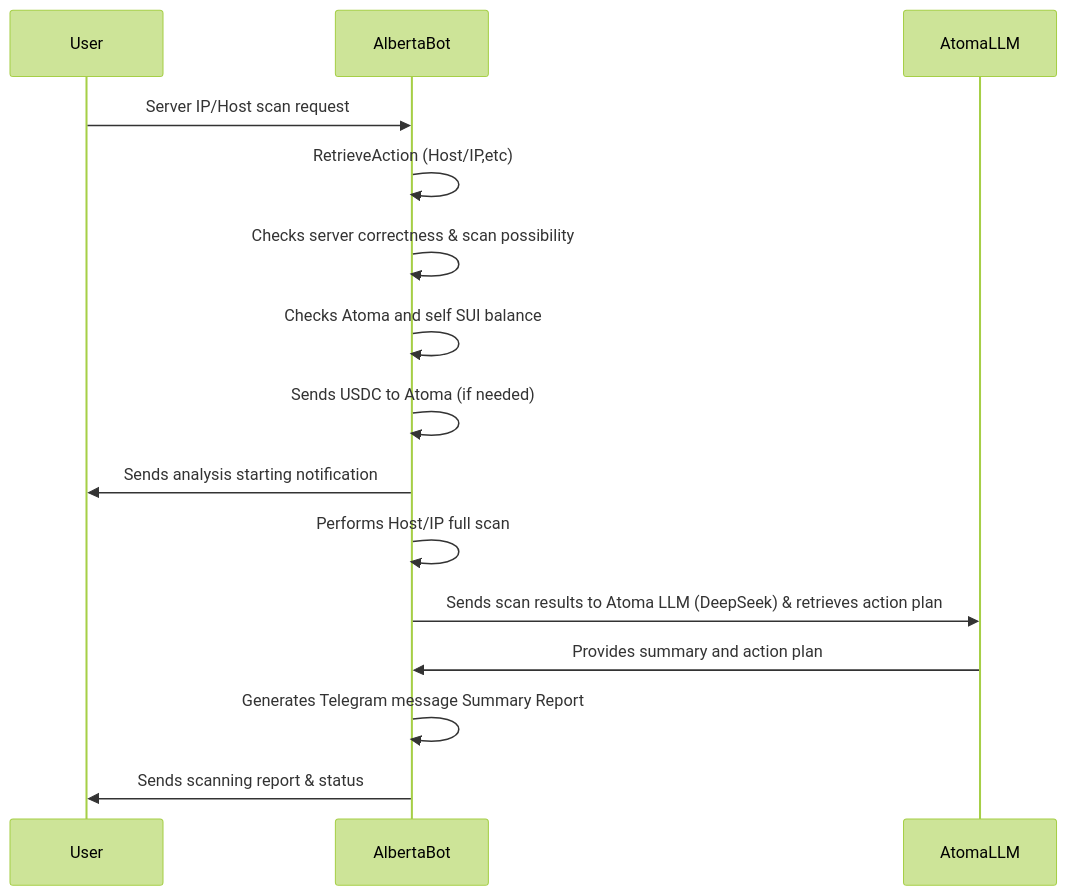
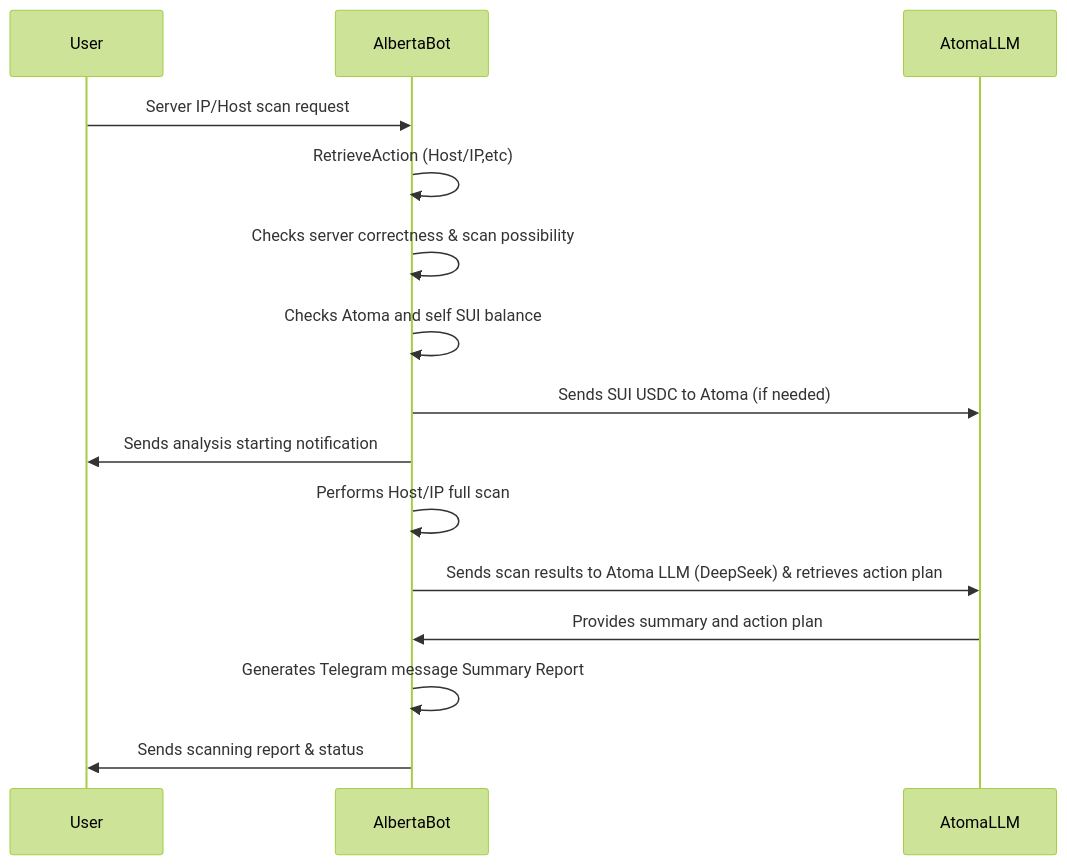
The first of 2 diagrams in README.md (GanAIWeb3Club/Alberta-Assistant), drawn with Mermaid (forest theme) before and after one commit.

Commit message:
diagram upd

````diff
--- a/README.md
+++ b/README.md
@@ -32,19 +32,19 @@
 ```mermaid
 sequenceDiagram
     participant User
     participant AlbertaBot
     participant AtomaLLM
 
     User ->> AlbertaBot: Server IP/Host scan request
     AlbertaBot ->> AlbertaBot: RetrieveAction (Host/IP,etc)
     AlbertaBot ->> AlbertaBot: Checks server correctness & scan possibility
     AlbertaBot ->> AlbertaBot: Checks Atoma and self SUI balance
-    AlbertaBot ->> AlbertaBot: Sends USDC to Atoma (if needed)
+    AlbertaBot ->> AtomaLLM: Sends SUI USDC to Atoma (if needed)
     AlbertaBot ->> User: Sends analysis starting notification
     AlbertaBot ->> AlbertaBot: Performs Host/IP full scan
     AlbertaBot ->> AtomaLLM: Sends scan results to Atoma LLM (DeepSeek) & retrieves action plan
     AtomaLLM ->> AlbertaBot: Provides summary and action plan
     AlbertaBot ->> AlbertaBot: Generates Telegram message Summary Report
     AlbertaBot ->> User: Sends scanning report & status
     
 ```
````
